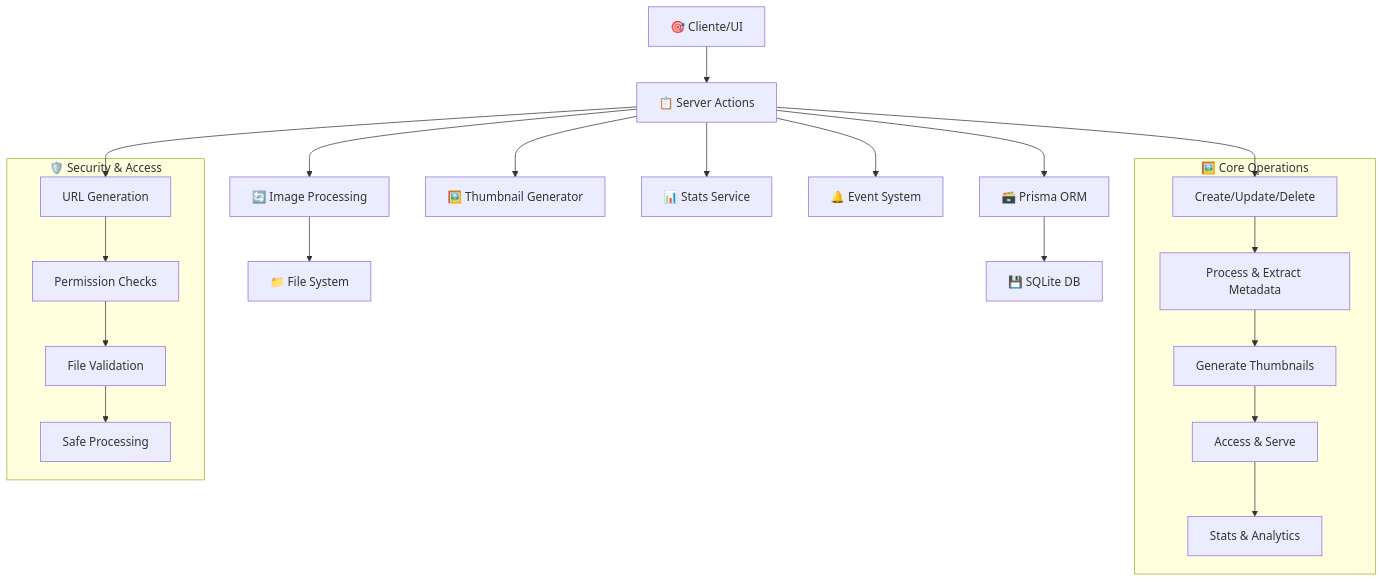
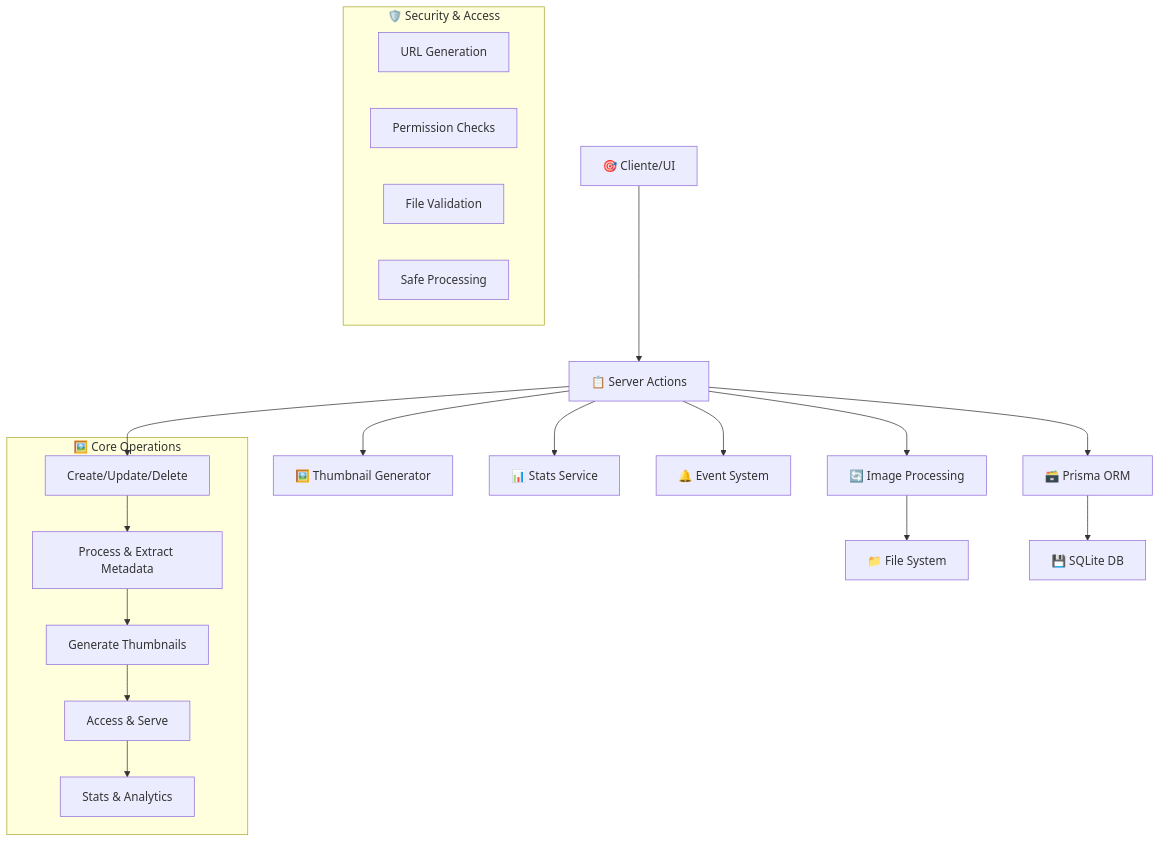
The diagram in src/app/actions/images/README.md (gvastethecreator/media-manager), drawn with Mermaid before and after one commit. The commit also changed other lines of this file and 190 other files, not shown here.

````diff
--- a/src/app/actions/images/README.md
+++ b/src/app/actions/images/README.md
@@ -18,39 +18,34 @@
 ```mermaid
 graph TD
     A[🎯 Cliente/UI] --> B[📋 Server Actions]
     B --> C[🔄 Image Processing]
     C --> D[📁 File System]
 
     B --> E[🗃️ Prisma ORM]
     E --> F[💾 SQLite DB]
 
     B --> G[🖼️ Thumbnail Generator]
     B --> H[📊 Stats Service]
     B --> I[🔔 Event System]
 
     subgraph "🖼️ Core Operations"
         J[Create/Update/Delete]
         K[Process & Extract Metadata]
         L[Generate Thumbnails]
         M[Access & Serve]
         N[Stats & Analytics]
     end
 
     subgraph "🛡️ Security & Access"
         O[URL Generation]
         P[Permission Checks]
         Q[File Validation]
         R[Safe Processing]
     end
 
     B --> J
     J --> K
     K --> L
     L --> M
     M --> N
-
-    B --> O
-    O --> P
-    P --> Q
-    Q --> R
 ```
````
